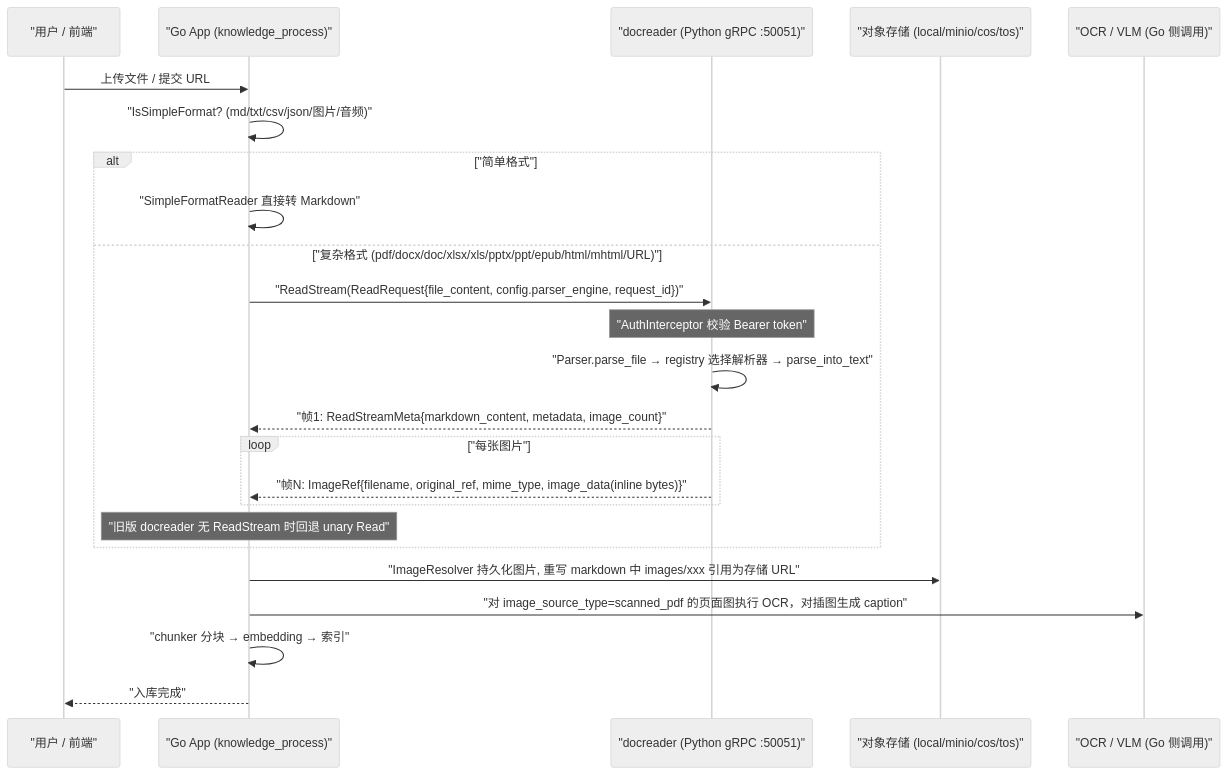
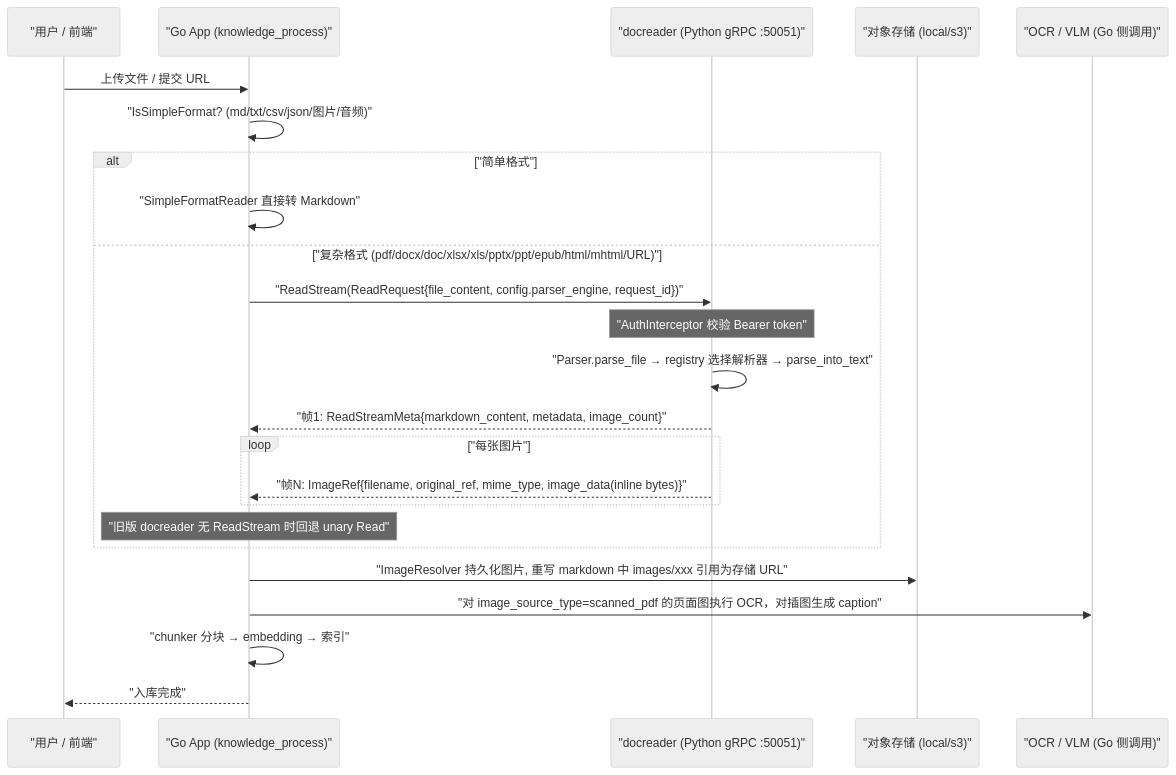
Before and after one commit to magicyuan876/Yuheng: the first of 2 diagrams in website-docs/03-features/03-document-parsing.md, drawn with Mermaid (neutral theme). The commit also changed other lines of this file and 47 other files, not shown here.

````diff
--- a/website-docs/03-features/03-document-parsing.md
+++ b/website-docs/03-features/03-document-parsing.md
@@ -80,27 +80,27 @@
 ```mermaid
 sequenceDiagram
     participant U as "用户 / 前端"
     participant G as "Go App (knowledge_process)"
     participant D as "docreader (Python gRPC :50051)"
-    participant S as "对象存储 (local/minio/cos/tos)"
+    participant S as "对象存储 (local/s3)"
     participant M as "OCR / VLM (Go 侧调用)"
 
     U->>G: 上传文件 / 提交 URL
     G->>G: "IsSimpleFormat? (md/txt/csv/json/图片/音频)"
     alt "简单格式"
         G->>G: "SimpleFormatReader 直接转 Markdown"
     else "复杂格式 (pdf/docx/doc/xlsx/xls/pptx/ppt/epub/html/mhtml/URL)"
         G->>D: "ReadStream(ReadRequest{file_content, config.parser_engine, request_id})"
         Note over D: "AuthInterceptor 校验 Bearer token"
         D->>D: "Parser.parse_file → registry 选择解析器 → parse_into_text"
         D-->>G: "帧1: ReadStreamMeta{markdown_content, metadata, image_count}"
         loop "每张图片"
             D-->>G: "帧N: ImageRef{filename, original_ref, mime_type, image_data(inline bytes)}"
         end
         Note over G: "旧版 docreader 无 ReadStream 时回退 unary Read"
     end
     G->>S: "ImageResolver 持久化图片, 重写 markdown 中 images/xxx 引用为存储 URL"
     G->>M: "对 image_source_type=scanned_pdf 的页面图执行 OCR，对插图生成 caption"
     G->>G: "chunker 分块 → embedding → 索引"
     G-->>U: "入库完成"
 ```
````
